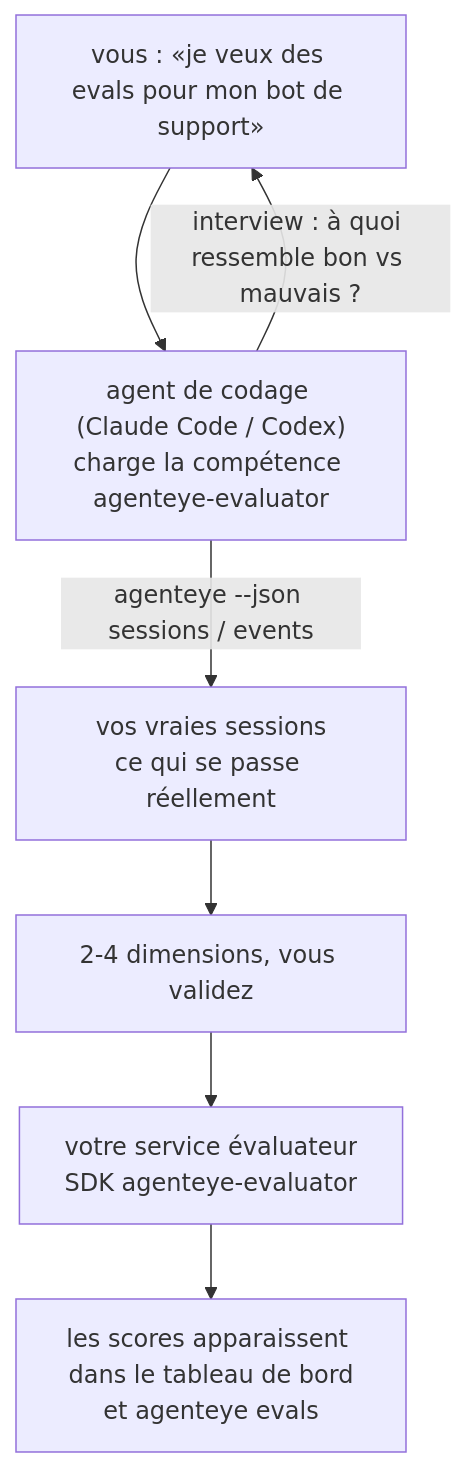
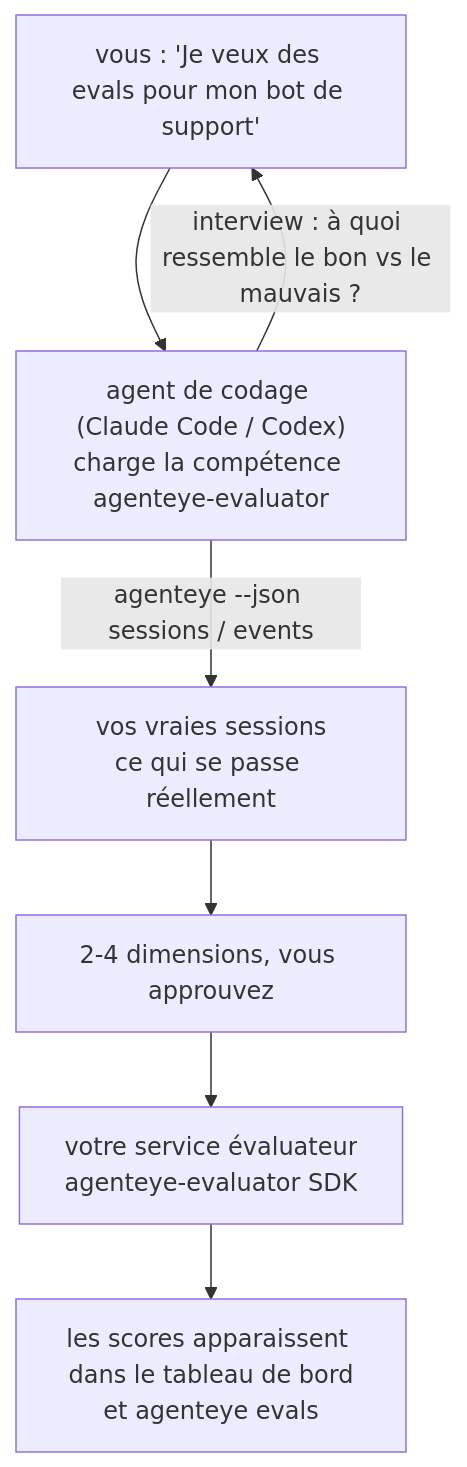
Before and after one commit to FailproofAI/failproofai: the diagram in docs/fr/agenteye/evaluator-skill.mdx, drawn with Mermaid. The commit also changed other lines of this file and 651 other files, not shown here.

````diff
--- a/docs/fr/agenteye/evaluator-skill.mdx
+++ b/docs/fr/agenteye/evaluator-skill.mdx
@@ -21,9 +21,9 @@
 ```mermaid
 flowchart TD
-    YOU["vous : «je veux des evals pour mon bot de support»"] --> AGENT["agent de codage (Claude Code / Codex)<br/>charge la compétence agenteye-evaluator"]
-    AGENT -->|"interview : à quoi ressemble bon vs mauvais ?"| YOU
+    YOU["vous : 'Je veux des evals pour mon bot de support'"] --> AGENT["agent de codage (Claude Code / Codex)<br/>charge la compétence agenteye-evaluator"]
+    AGENT -->|"interview : à quoi ressemble le bon vs le mauvais ?"| YOU
     AGENT -->|"agenteye --json sessions / events"| DATA["vos vraies sessions<br/>ce qui se passe réellement"]
-    DATA --> DIMS["2-4 dimensions, vous validez"]
-    DIMS --> SVC["votre service évaluateur<br/>SDK agenteye-evaluator"]
+    DATA --> DIMS["2-4 dimensions, vous approuvez"]
+    DIMS --> SVC["votre service évaluateur<br/>agenteye-evaluator SDK"]
     SVC --> SCORES["les scores apparaissent dans le tableau de bord<br/>et agenteye evals"]
 ```
````
